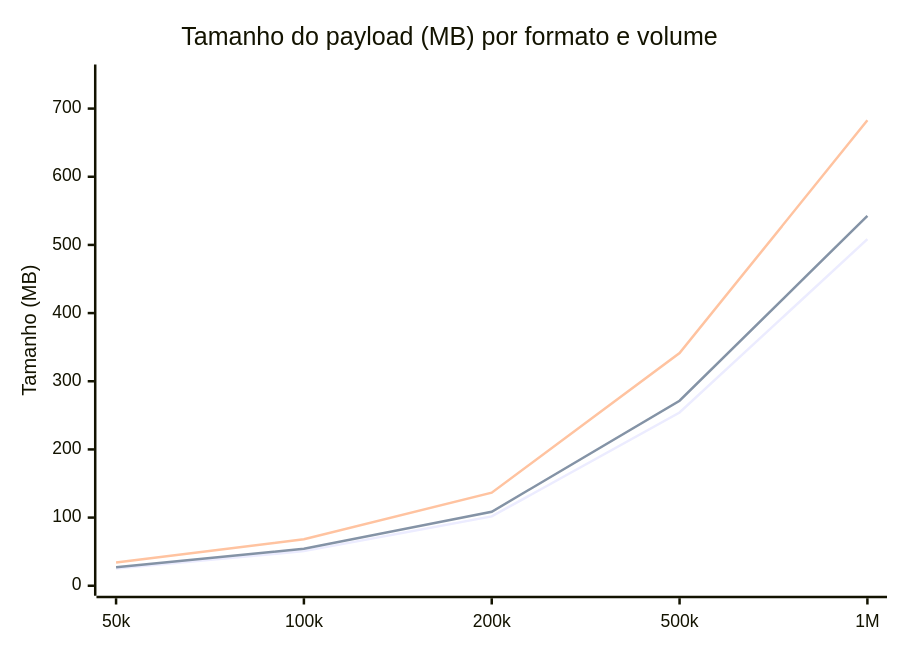
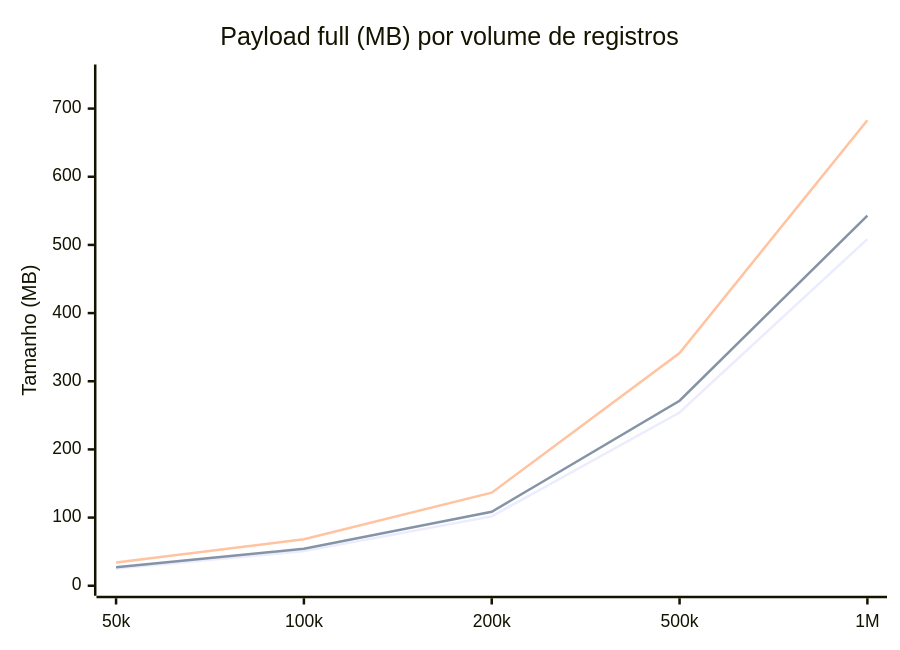
One commit to Zo-arch/benchmark changed the third of 8 diagrams in resumo-tecnico.md. Above: the diagram before and after it, drawn with Mermaid. The commit also changed other lines of this file and 14 other files, not shown here.

````diff
--- a/resumo-tecnico.md
+++ b/resumo-tecnico.md
@@ -27,9 +81,9 @@
 ```mermaid
 xychart-beta
-    title "Tamanho do payload (MB) por formato e volume"
-    x-axis [50k, 100k, 200k, 500k, 1M]
+    title "Payload full (MB) por volume de registros"
+    x-axis ["50k", "100k", "200k", "500k", "1M"]
     y-axis "Tamanho (MB)" 0 --> 750
-    line "Protobuf" [25.4, 50.8, 101.7, 254.2, 508.4]
-    line "SQLite" [27.1, 54.3, 108.5, 271.4, 542.7]
-    line "JSON" [34.1, 68.2, 136.5, 341.4, 682.8]
+    line "Protobuf" [25.4, 50.8, 101.7, 254.2, 508.6]
+    line "SQLite" [27.1, 54.3, 108.5, 271.4, 543.0]
+    line "JSON" [34.1, 68.2, 136.5, 341.4, 683.0]
 ```
````
